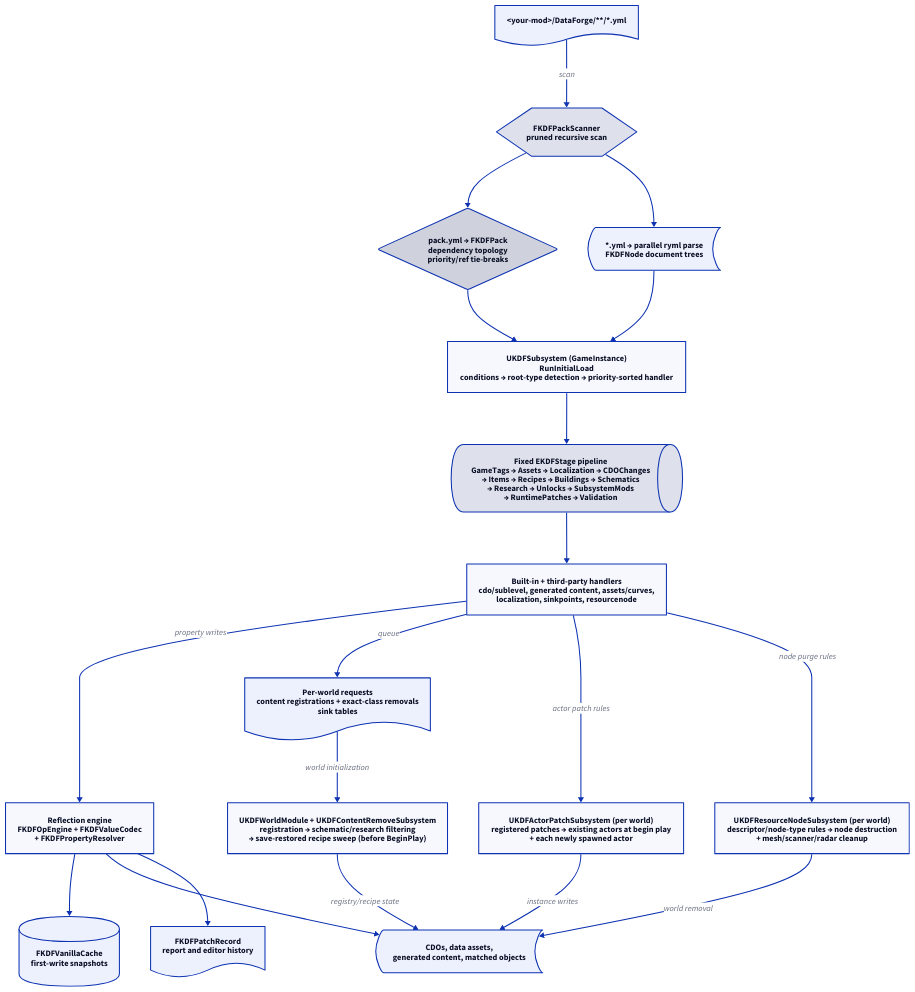
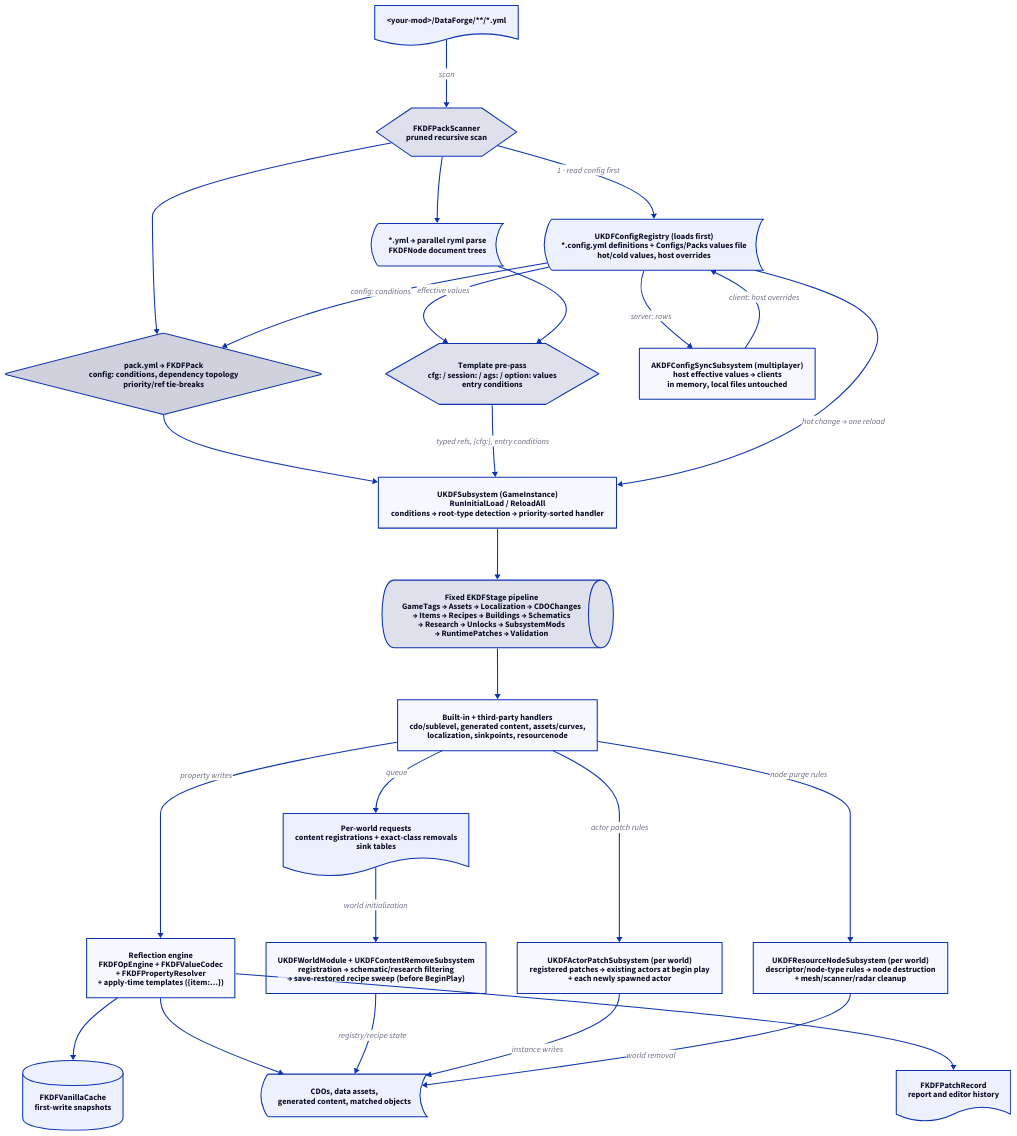
The diagram in content/assets/kdataforge/architecture.d2 (Satisfactory-KMods/docs), drawn with D2 before and after one commit. The commit also changed 31 other files, not shown here.

```diff
--- a/content/assets/kdataforge/architecture.d2
+++ b/content/assets/kdataforge/architecture.d2
@@ -1,83 +1,102 @@
-# Render with D2 v0.7.1:
-# d2 --layout elk --theme 8 --dark-theme 200 --pad 32 architecture.d2 architecture.svg
+# Render with D2 v0.9.0:
+# d2 --layout elk --theme 8 --dark-theme 200 --pad 32 --omit-version architecture.d2 architecture.svg
 
 direction: down
 
 pack_files: "<your-mod>/DataForge/**/*.yml" {
   shape: document
 }
 
 scanner: "FKDFPackScanner\npruned recursive scan" {
   shape: hexagon
 }
 
-pack_plan: "pack.yml → FKDFPack\ndependency topology\npriority/ref tie-breaks" {
+config_registry: "UKDFConfigRegistry (loads first)\n*.config.yml definitions + Configs/Packs values file\nhot/cold values, host overrides" {
+  shape: stored_data
+}
+
+pack_plan: "pack.yml → FKDFPack\nconfig: conditions, dependency topology\npriority/ref tie-breaks" {
   shape: diamond
 }
 
 node_model: "*.yml → parallel ryml parse\nFKDFNode document trees" {
   shape: stored_data
 }
 
-subsystem: "UKDFSubsystem (GameInstance)\nRunInitialLoad\nconditions → root-type detection → priority-sorted handler" {
+prepass: "Template pre-pass\ncfg: / session: / ags: / option: values\nentry conditions" {
+  shape: hexagon
+}
+
+subsystem: "UKDFSubsystem (GameInstance)\nRunInitialLoad / ReloadAll\nconditions → root-type detection → priority-sorted handler" {
   shape: rectangle
 }
 
 stages: "Fixed EKDFStage pipeline\nGameTags → Assets → Localization → CDOChanges\n→ Items → Recipes → Buildings → Schematics\n→ Research → Unlocks → SubsystemMods\n→ RuntimePatches → Validation" {
   shape: queue
 }
 
 handlers: "Built-in + third-party handlers\ncdo/sublevel, generated content, assets/curves,\nlocalization, sinkpoints, resourcenode" {
   shape: rectangle
 }
 
-reflection: "Reflection engine\nFKDFOpEngine + FKDFValueCodec\n+ FKDFPropertyResolver" {
+reflection: "Reflection engine\nFKDFOpEngine + FKDFValueCodec\n+ FKDFPropertyResolver\n+ apply-time templates ({item:…})" {
   shape: rectangle
 }
 
 snapshots: "FKDFVanillaCache\nfirst-write snapshots" {
   shape: cylinder
 }
 
 objects: "CDOs, data assets,\ngenerated content, matched objects" {
   shape: stored_data
 }
 
 content_requests: "Per-world requests\ncontent registrations + exact-class removals\nsink tables" {
   shape: document
 }
 
 world_module: "UKDFWorldModule + UKDFContentRemoveSubsystem\nregistration → schematic/research filtering\n→ save-restored recipe sweep (before BeginPlay)" {
   shape: rectangle
 }
 
 records: "FKDFPatchRecord\nreport and editor history" {
   shape: document
 }
 
 actor_patches: "UKDFActorPatchSubsystem (per world)\nregistered patches → existing actors at begin play\n+ each newly spawned actor" {
   shape: rectangle
 }
 
 node_purges: "UKDFResourceNodeSubsystem (per world)\ndescriptor/node-type rules → node destruction\n+ mesh/scanner/radar cleanup" {
   shape: rectangle
 }
 
+config_sync: "AKDFConfigSyncSubsystem (multiplayer)\nhost effective values → clients\nin memory, local files untouched" {
+  shape: rectangle
+}
+
 pack_files -> scanner: scan
+scanner -> config_registry: "1 · read config first"
 scanner -> pack_plan
 scanner -> node_model
+config_registry -> pack_plan: "config: conditions"
+config_registry -> prepass: effective values
+node_model -> prepass
 pack_plan -> subsystem
-node_model -> subsystem
+prepass -> subsystem: "typed refs, {cfg:}, entry conditions"
 subsystem -> stages
 stages -> handlers
 handlers -> reflection: property writes
 handlers -> content_requests: queue
 content_requests -> world_module: world initialization
 reflection -> snapshots
 reflection -> objects
 reflection -> records
 handlers -> actor_patches: actor patch rules
 handlers -> node_purges: node purge rules
 world_module -> objects: registry/recipe state
 actor_patches -> objects: instance writes
 node_purges -> objects: world removal
+config_registry -> config_sync: "server: rows"
+config_sync -> config_registry: "client: host overrides"
+config_registry -> subsystem: "hot change → one reload"
```
